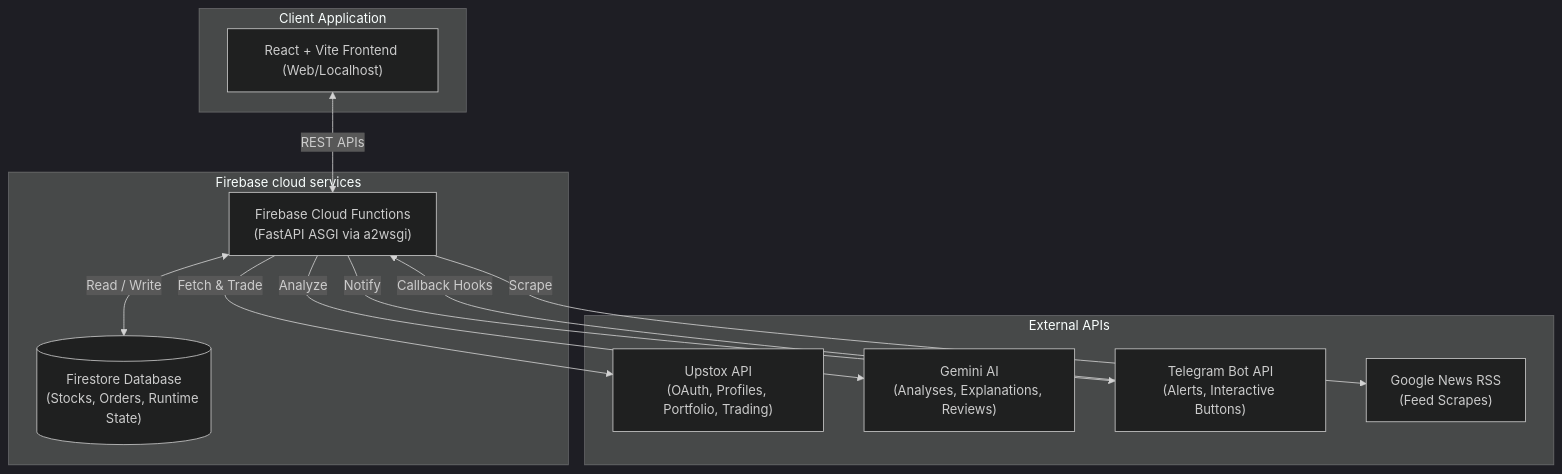
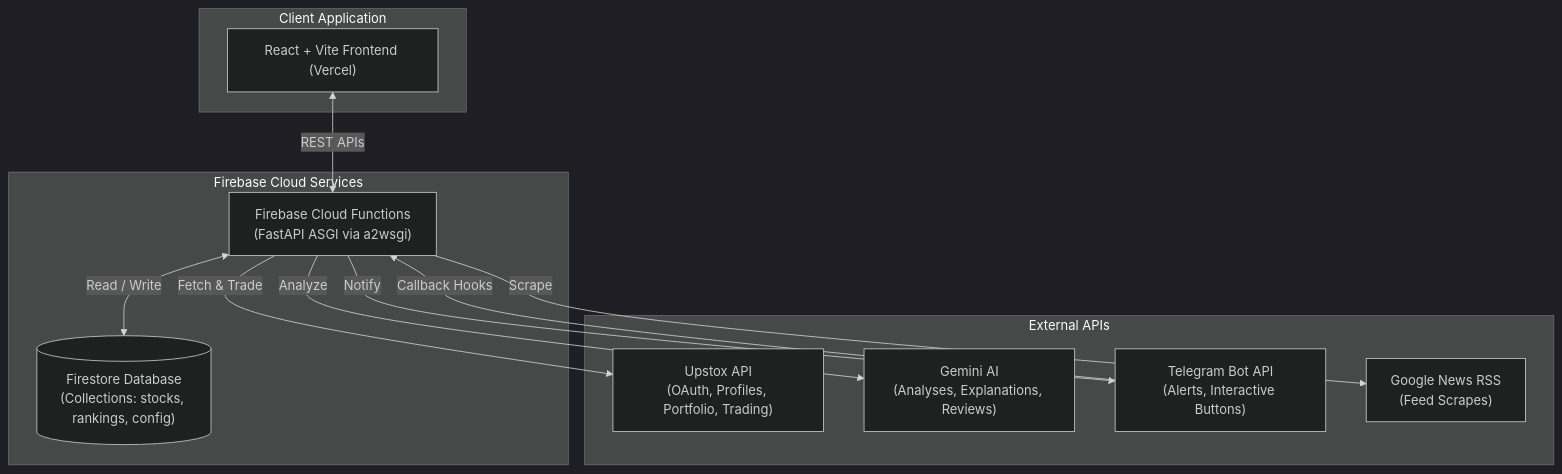
Before and after one commit to Zayannnnn/market-analyser: the first of 8 diagrams in README.md, drawn with Mermaid (dark theme). The commit also changed other lines of this file, not shown here.

Commit message:
docs: upgrade README.md with detailed system flowcharts and OS setup checklists

````diff
--- a/README.md
+++ b/README.md
@@ -62,26 +47,26 @@
 ```mermaid
 graph TD
     subgraph Client Application
-        ReactWeb["React + Vite Frontend (Web/Localhost)"]
+        ReactWeb["React + Vite Frontend (Vercel)"]
     end
 
-    subgraph Firebase cloud services
-        Firestore[("Firestore Database\n(Stocks, Orders, Runtime State)")]
+    subgraph Firebase Cloud Services
+        Firestore[("Firestore Database\n(Collections: stocks, rankings, config)")]
         CloudFunctions["Firebase Cloud Functions\n(FastAPI ASGI via a2wsgi)"]
     end
 
     subgraph External APIs
         Upstox["Upstox API\n(OAuth, Profiles, Portfolio, Trading)"]
         Gemini["Gemini AI\n(Analyses, Explanations, Reviews)"]
         Telegram["Telegram Bot API\n(Alerts, Interactive Buttons)"]
         GoogleNews["Google News RSS\n(Feed Scrapes)"]
     end
 
     ReactWeb <-->|REST APIs| CloudFunctions
     CloudFunctions <-->|Read / Write| Firestore
     CloudFunctions -->|Analyze| Gemini
     CloudFunctions -->|Fetch & Trade| Upstox
     CloudFunctions -->|Notify| Telegram
     CloudFunctions -->|Scrape| GoogleNews
     Telegram -->|Callback Hooks| CloudFunctions
 ```
````
